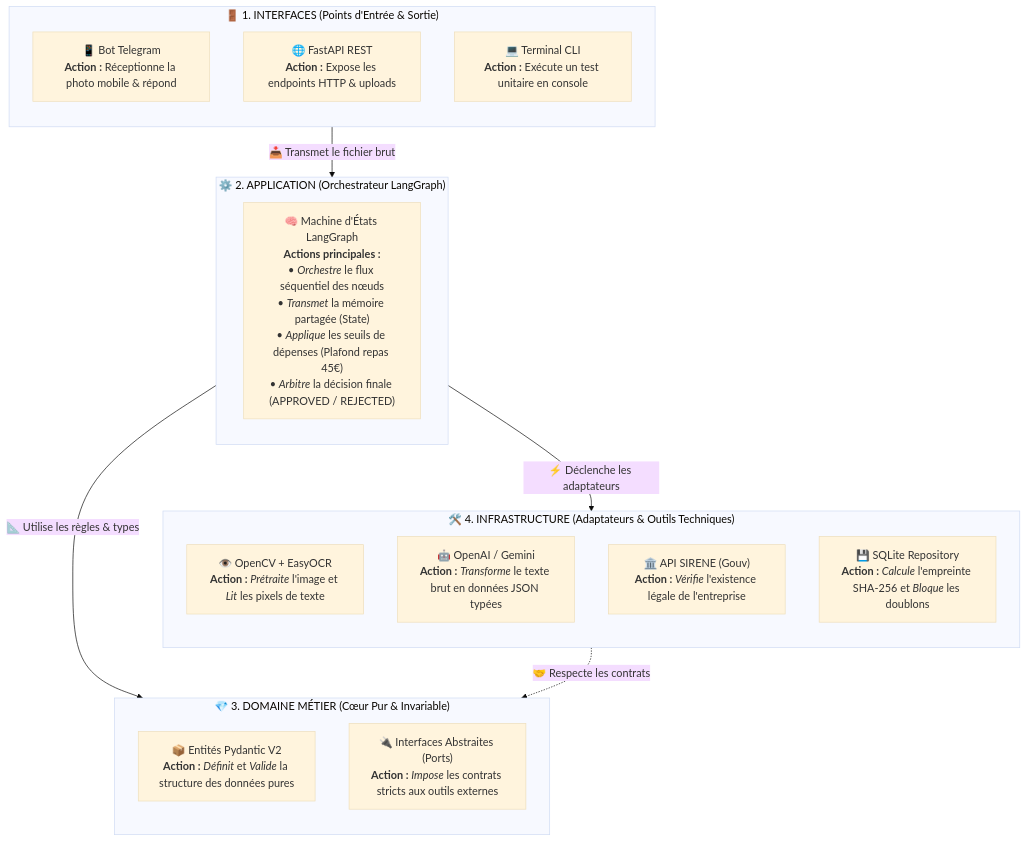
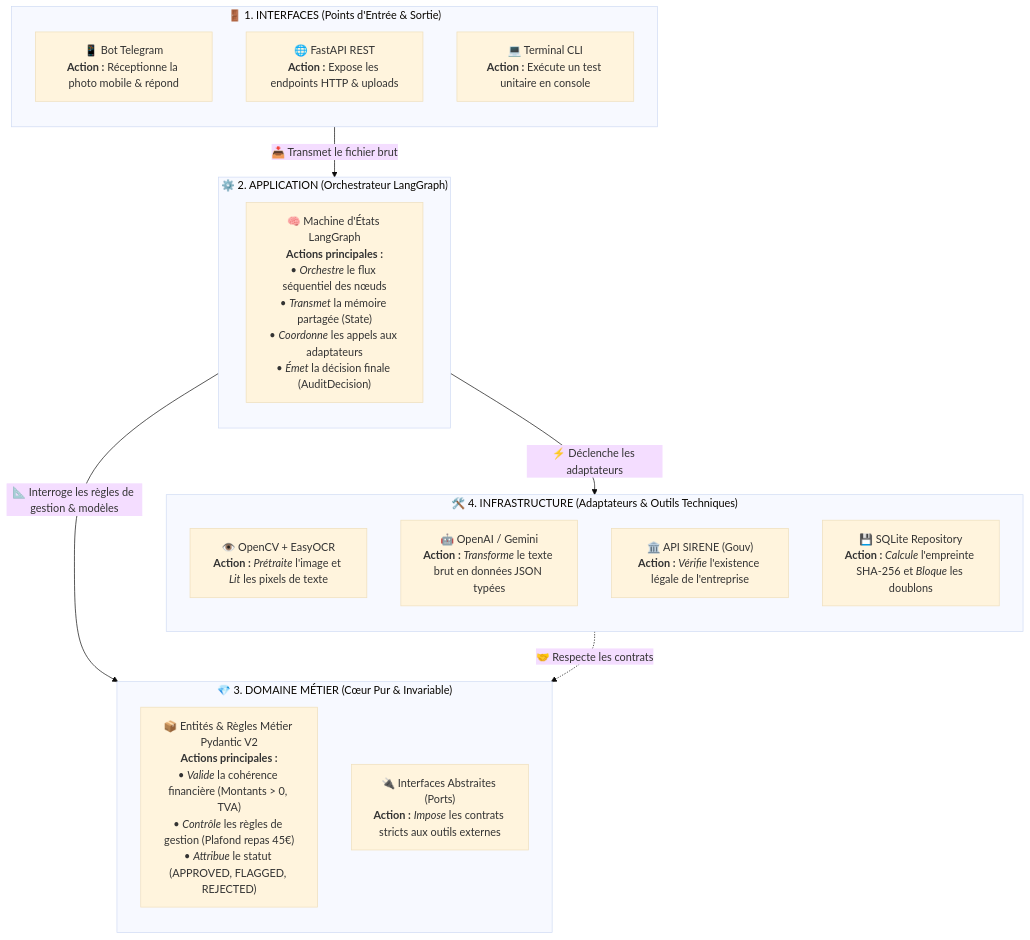
Before and after one commit to clairedata/expensyguard: the first of 2 diagrams in README.md, drawn with Mermaid (base theme). The commit also changed other lines of this file, not shown here.

Commit message:
docs: modif Flux Séquentiel d'un Reçu (Workflow d'Audit)

````diff
--- a/README.md
+++ b/README.md
@@ -16,34 +16,34 @@
 ```mermaid
 flowchart TB
     subgraph Interfaces["🚪 1. INTERFACES (Points d'Entrée & Sortie)"]
         direction TB
         TG["📱 Bot Telegram<br/><b>Action :</b> Réceptionne la photo mobile & répond"]
         API["🌐 FastAPI REST<br/><b>Action :</b> Expose les endpoints HTTP & uploads"]
         CLI["💻 Terminal CLI<br/><b>Action :</b> Exécute un test unitaire en console"]
     end
 
     subgraph Application["⚙️ 2. APPLICATION (Orchestrateur LangGraph)"]
         direction TB
-        Graph["🧠 Machine d'États LangGraph<br/><b>Actions principales :</b><br/>• <i>Orchestre</i> le flux séquentiel des nœuds<br/>• <i>Transmet</i> la mémoire partagée (State)<br/>• <i>Applique</i> les seuils de dépenses (Plafond repas 45€)<br/>• <i>Arbitre</i> la décision finale (APPROVED / REJECTED)"]
+        Graph["🧠 Machine d'États LangGraph<br/><b>Actions principales :</b><br/>• <i>Orchestre</i> le flux séquentiel des nœuds<br/>• <i>Transmet</i> la mémoire partagée (State)<br/>• <i>Coordonne</i> les appels aux adaptateurs<br/>• <i>Émet</i> la décision finale (AuditDecision)"]
     end
 
     subgraph Domain["💎 3. DOMAINE MÉTIER (Cœur Pur & Invariable)"]
         direction TB
-        Models["📦 Entités Pydantic V2<br/><b>Action :</b> <i>Définit</i> et <i>Valide</i> la structure des données pures"]
+        Models["📦 Entités & Règles Métier Pydantic V2<br/><b>Actions principales :</b><br/>• <i>Valide</i> la cohérence financière (Montants > 0, TVA)<br/>• <i>Contrôle</i> les règles de gestion (Plafond repas 45€)<br/>• <i>Attribue</i> le statut (APPROVED, FLAGGED, REJECTED)"]
         Ports["🔌 Interfaces Abstraites (Ports)<br/><b>Action :</b> <i>Impose</i> les contrats stricts aux outils externes"]
     end
 
     subgraph Infrastructure["🛠️ 4. INFRASTRUCTURE (Adaptateurs & Outils Techniques)"]
         direction TB
         OCR["👁️ OpenCV + EasyOCR<br/><b>Action :</b> <i>Prétraite</i> l'image et <i>Lit</i> les pixels de texte"]
         LLM["🤖 OpenAI / Gemini<br/><b>Action :</b> <i>Transforme</i> le texte brut en données JSON typées"]
         REG["🏛️ API SIRENE (Gouv)<br/><b>Action :</b> <i>Vérifie</i> l'existence légale de l'entreprise"]
         DB["💾 SQLite Repository<br/><b>Action :</b> <i>Calcule</i> l'empreinte SHA-256 et <i>Bloque</i> les doublons"]
     end
 
     %% Relations avec verbes d'action
     Interfaces -->|📥 Transmet le fichier brut| Application
-    Application -->|📐 Utilise les règles & types| Domain
+    Application -->|📐 Interroge les règles de gestion & modèles| Domain
     Infrastructure -.->|🤝 Respecte les contrats| Ports
     Application -->|⚡ Déclenche les adaptateurs| Infrastructure
 ```
````
